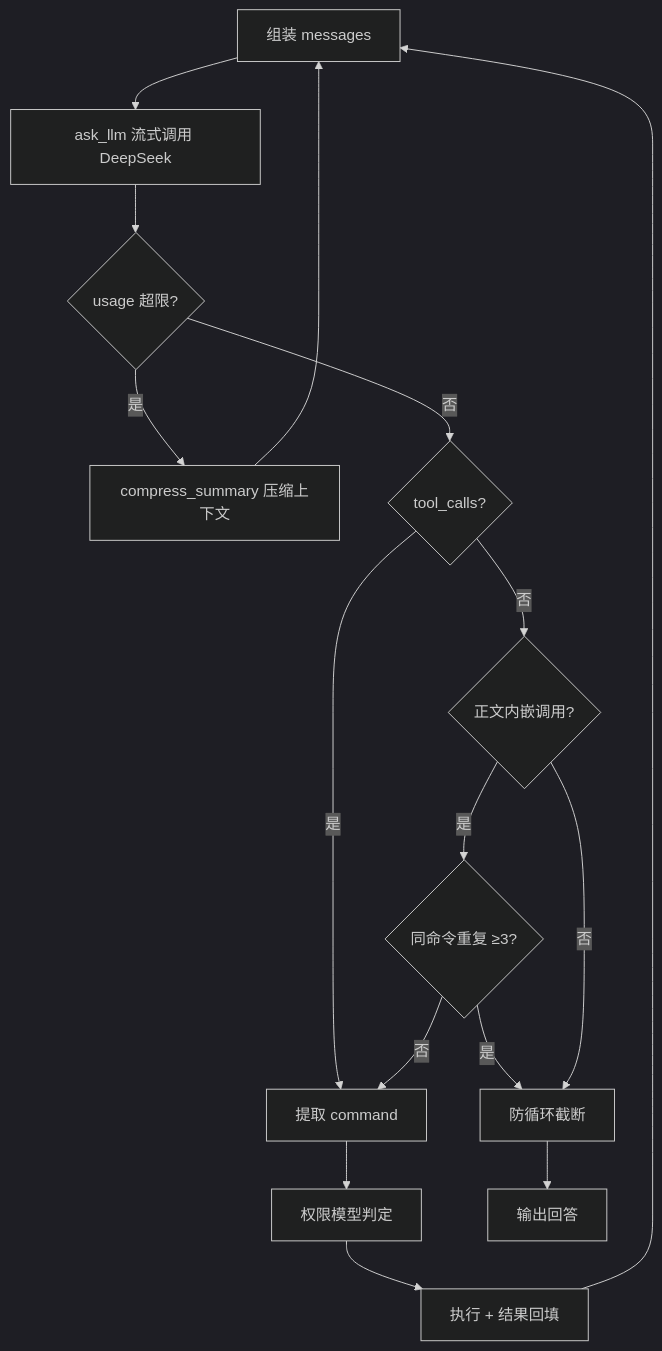
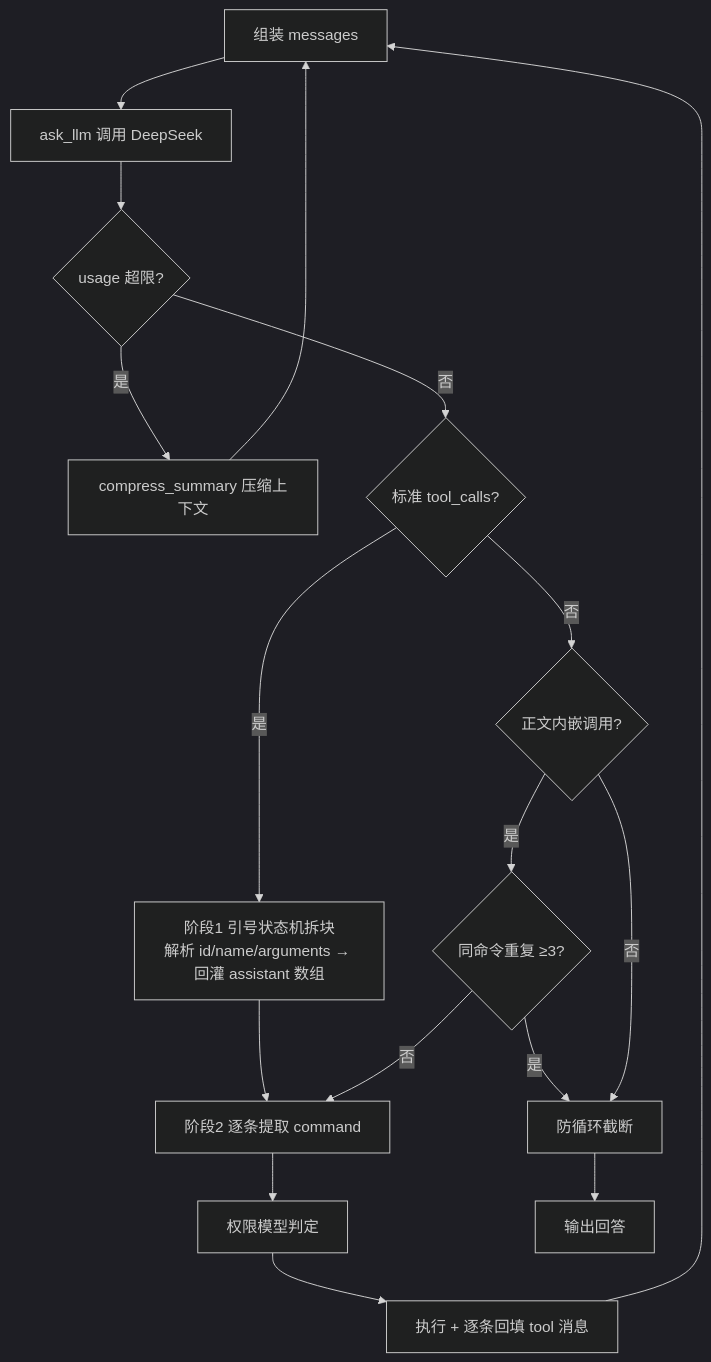
One commit to Xiyinnnnnn/Agent-For-Shell changed the second of 2 diagrams in README.md. Above: the diagram before and after it, drawn with Mermaid (dark theme). The commit also changed other lines of this file and 1 other file, not shown here.

````diff
--- a/README.md
+++ b/README.md
@@ -49,18 +51,19 @@
 ```mermaid
 flowchart TD
-    A[组装 messages] --> B[ask_llm 流式调用 DeepSeek]
+    A[组装 messages] --> B[ask_llm 调用 DeepSeek]
     B --> C{usage 超限?}
     C -- 是 --> D[compress_summary 压缩上下文]
     D --> A
-    C -- 否 --> E{tool_calls?}
-    E -- 是 --> F[提取 command]
-    F --> G[权限模型判定]
-    G --> H[执行 + 结果回填]
-    H --> A
-    E -- 否 --> I{正文内嵌调用?}
-    I -- 是 --> J{同命令重复 ≥3?}
-    J -- 否 --> F
-    J -- 是 --> K[防循环截断]
-    I -- 否 --> K
-    K --> L[输出回答]
+    C -- 否 --> E{标准 tool_calls?}
+    E -- 是 --> F[阶段1 引号状态机拆块<br/>解析 id/name/arguments → 回灌 assistant 数组]
+    F --> G[阶段2 逐条提取 command]
+    G --> H[权限模型判定]
+    H --> I[执行 + 逐条回填 tool 消息]
+    I --> A
+    E -- 否 --> J{正文内嵌调用?}
+    J -- 是 --> K{同命令重复 ≥3?}
+    K -- 否 --> G
+    K -- 是 --> L[防循环截断]
+    J -- 否 --> L
+    L --> M[输出回答]
 ```
````
